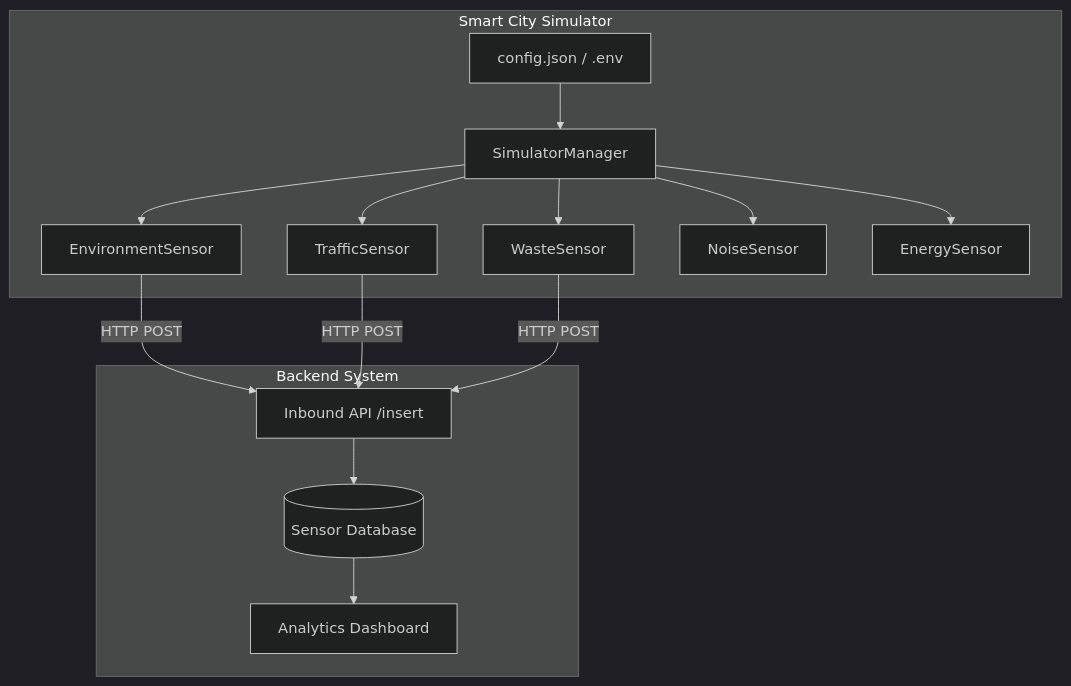
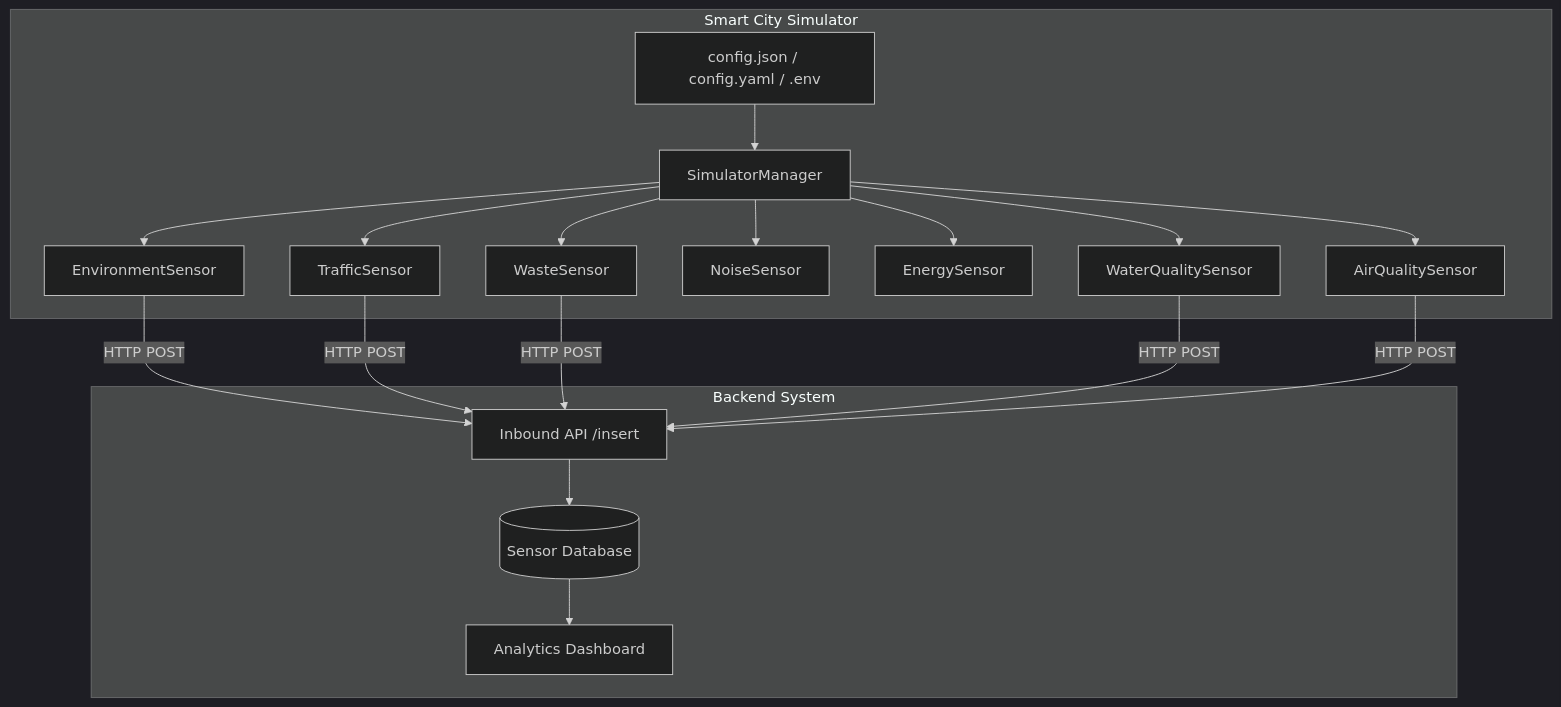
One commit to SricharanAsr/Distributed-Systems-Smart-City-Sensor-Project-Simulator- changed the diagram in README.md. Above: the diagram before and after it, drawn with Mermaid (dark theme). The commit also changed other lines of this file and 1 other file, not shown here.

````diff
--- a/README.md
+++ b/README.md
@@ -7,20 +7,24 @@
 ```mermaid.
 graph TD
     subgraph "Smart City Simulator"
-        Config[config.json / .env] --> Sim[SimulatorManager]
+        Config[config.json / config.yaml / .env] --> Sim[SimulatorManager]
         Sim --> ES[EnvironmentSensor]
         Sim --> TS[TrafficSensor]
         Sim --> WS[WasteSensor]
         Sim --> NS[NoiseSensor]
         Sim --> EnS[EnergySensor]
+        Sim --> WQS[WaterQualitySensor]
+        Sim --> AQS[AirQualitySensor]
     end
 
     subgraph "Backend System"
         API[Inbound API /insert] --> DB[(Sensor Database)]
         DB --> Dashboard[Analytics Dashboard]
     end
 
     ES -- HTTP POST --> API
     TS -- HTTP POST --> API
     WS -- HTTP POST --> API
+    WQS -- HTTP POST --> API
+    AQS -- HTTP POST --> API
 ```
````
